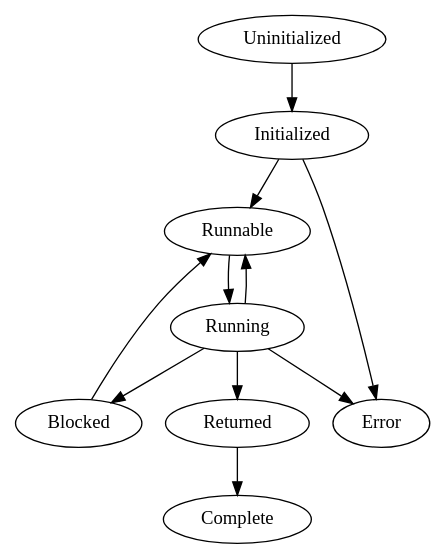
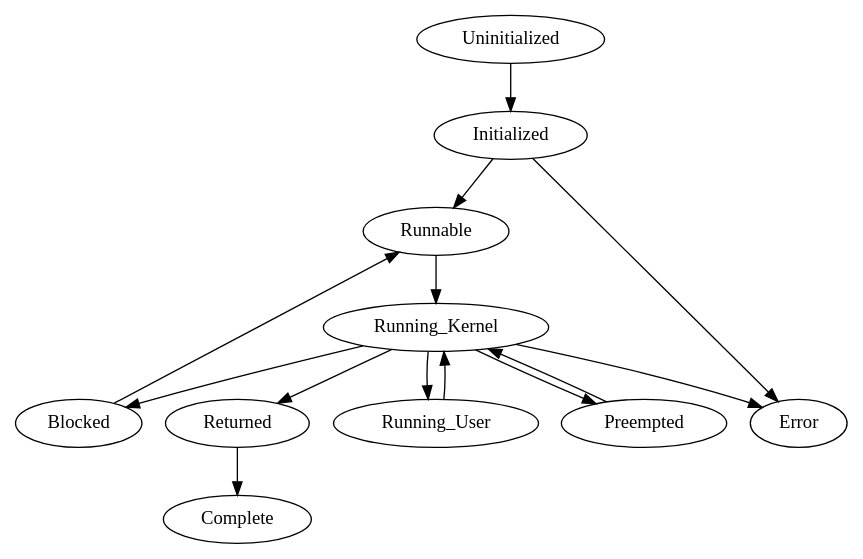
The diagram in docs/sledge-states/states.dot (gwsystems/sledge-serverless-framework), drawn with Graphviz before and after one commit. The commit also changed 2 other files, not shown here.

Commit message:
docs: Update state diagram

```diff
--- a/docs/sledge-states/states.dot
+++ b/docs/sledge-states/states.dot
@@ -1,8 +1,8 @@
 digraph {
 	Uninitialized -> Initialized
 	Initialized -> {Runnable Error}
-	Runnable -> Running
-	Running -> {Blocked Runnable Returned Error}
+	{Runnable Running_User Preempted} -> Running_Kernel
+	Running_Kernel -> {Blocked Error Preempted Returned Running_User}
 	Returned -> Complete
 	Blocked -> Runnable
 } 
```
